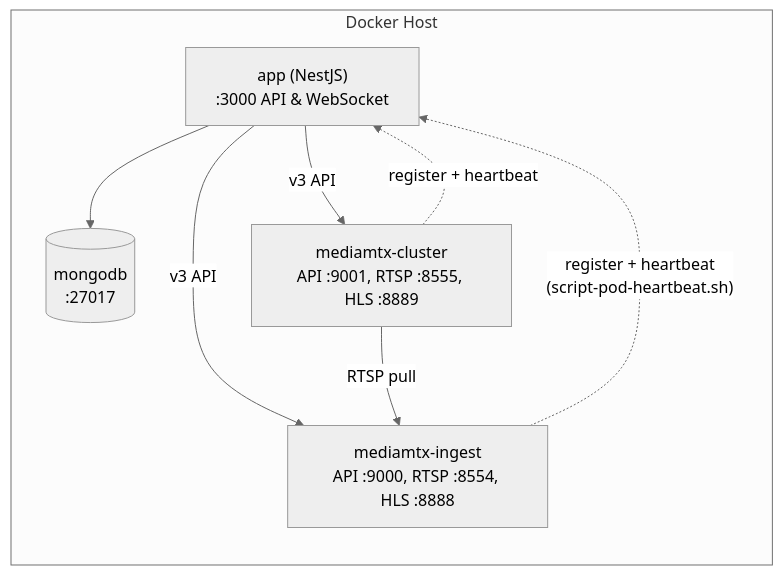
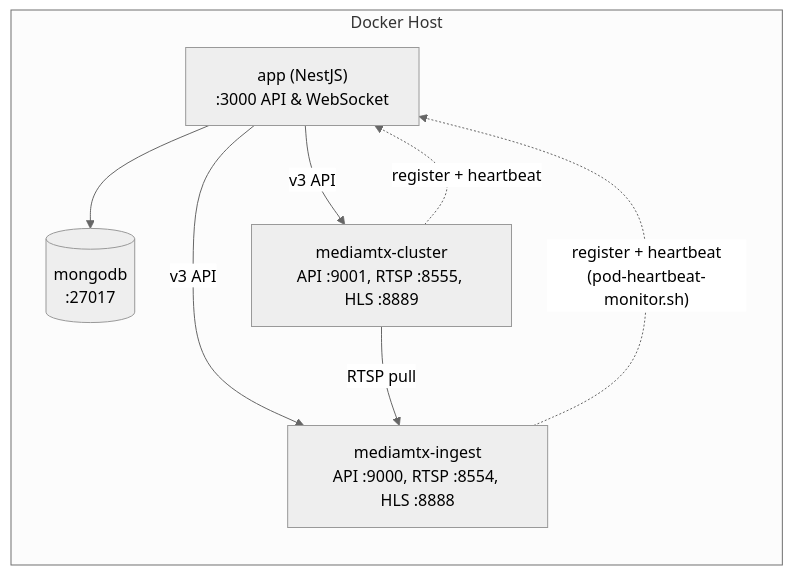
The third of 6 diagrams in backend/SYSTEM_DOCUMENTATION.md (emanuel74-bit/media-sync), drawn with Mermaid (neutral theme) before and after one commit. The commit also changed other lines of this file and 60 other files, not shown here.

````diff
--- a/backend/SYSTEM_DOCUMENTATION.md
+++ b/backend/SYSTEM_DOCUMENTATION.md
@@ -400,15 +401,15 @@
 ```mermaid
 flowchart LR
     subgraph host["Docker Host"]
         App["app (NestJS)<br/>:3000 API & WebSocket"]
         Mongo[("mongodb<br/>:27017")]
         Ingest["mediamtx-ingest<br/>API :9000, RTSP :8554, HLS :8888"]
         Cluster["mediamtx-cluster<br/>API :9001, RTSP :8555, HLS :8889"]
     end
     App --> Mongo
     App -- "v3 API" --> Ingest
     App -- "v3 API" --> Cluster
     Cluster -- "RTSP pull" --> Ingest
-    Ingest -. "register + heartbeat<br/>(script-pod-heartbeat.sh)" .-> App
+    Ingest -. "register + heartbeat<br/>(pod-heartbeat-monitor.sh)" .-> App
     Cluster -. "register + heartbeat" .-> App
 ```
````
